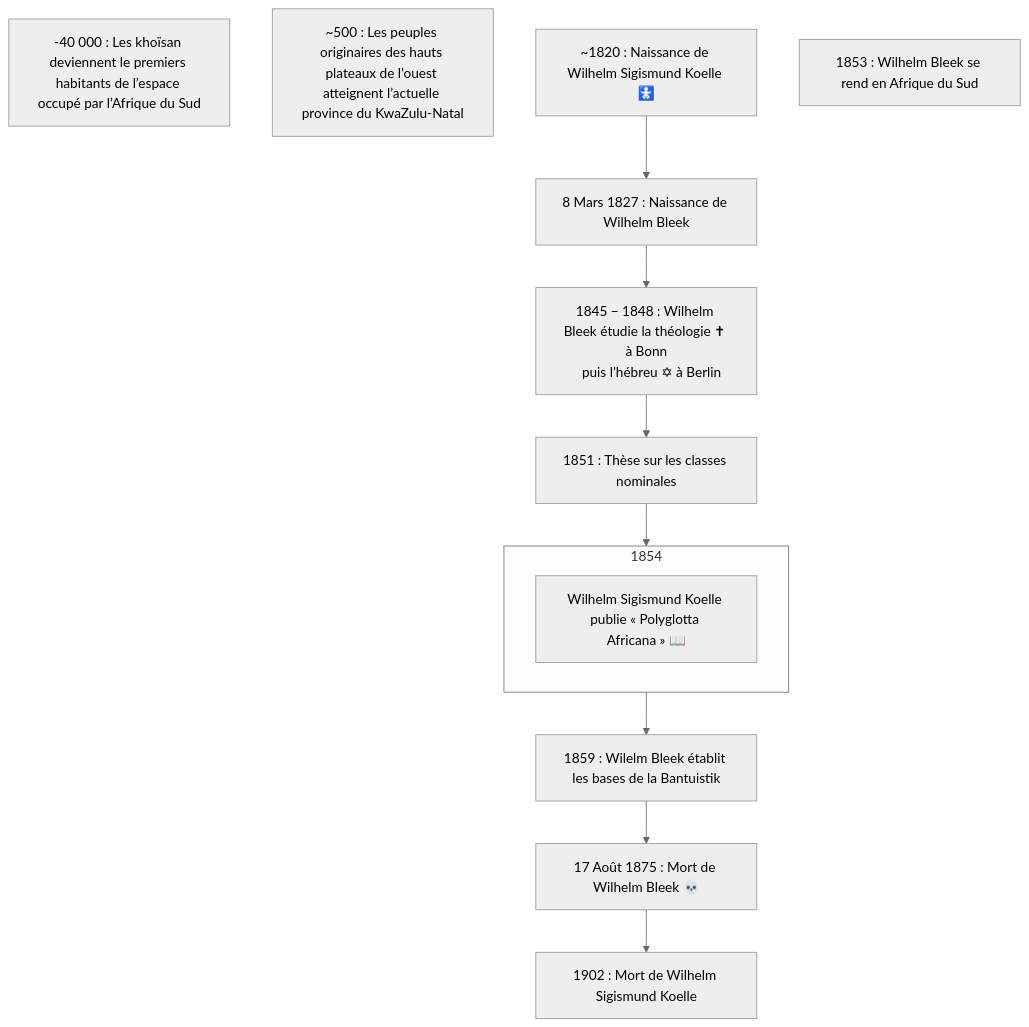
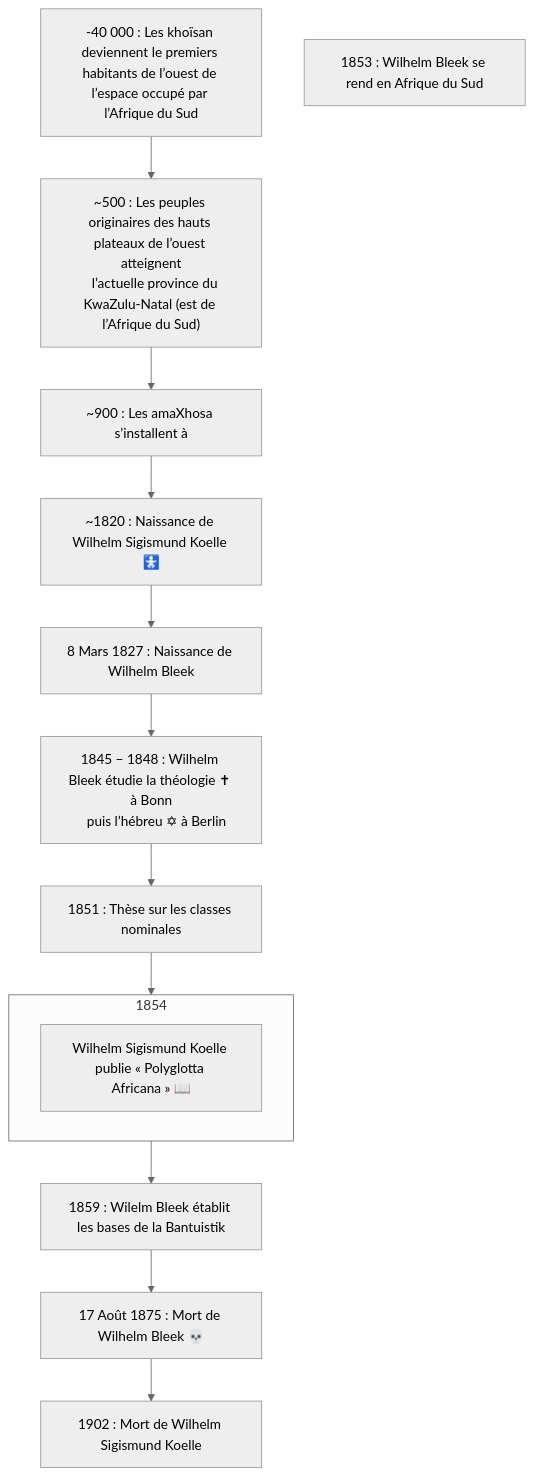
One commit to ba-moun/Ba-Moun-Save changed the diagram in en-cours/personnalite/homme/a-classer/wilhelm-bleek.md. Above: the diagram before and after it, drawn with Mermaid (neutral theme). The commit also changed other lines of this file, not shown here.

Commit message:
docs: update en-cours/personnalite/homme/a-classer/wilhelm-bleek

````diff
--- a/en-cours/personnalite/homme/a-classer/wilhelm-bleek.md
+++ b/en-cours/personnalite/homme/a-classer/wilhelm-bleek.md
@@ -19,31 +19,34 @@
 ```mermaid
 flowchart TB
    
-   Khoïsan["-40 000 : Les khoïsan deviennent le premiers habitants de l’espace occupé par l’Afrique du Sud"]
+   Khoïsan["-40 000 : Les khoïsan deviennent le premiers habitants de l’ouest de l’espace occupé par l’Afrique du Sud"]
    
-   grassland["~500 : Les peuples originaires des hauts plateaux de l’ouest atteignent l’actuelle province du KwaZulu-Natal"]
+   grassland["~500 : Les peuples originaires des hauts plateaux de l’ouest atteignent
+   l’actuelle province du KwaZulu-Natal (est de l’Afrique du Sud)"]
+   
+   amaXhosa["~900 : Les amaXhosa s’installent à "]
    
    wSKoellebirth["~1820 : Naissance de Wilhelm Sigismund Koelle 🚼"]
    
    birth["8 Mars 1827 : Naissance de Wilhelm Bleek"]
       
    studies["1845 − 1848 : Wilhelm Bleek étudie la théologie ✝ à Bonn
    puis l’hébreu ✡ à Berlin"]
    
    thesis["1851 : Thèse sur les classes nominales"]
    
    southAfrica["1853 : Wilhelm Bleek se rend en Afrique du Sud"]
    
    subgraph 1854
       majorStudy["Wilhelm Sigismund Koelle publie « Polyglotta Africana » 📖"]
    end
    
    bantuistik["1859 : Wilelm Bleek établit les bases de la Bantuistik"]
    
    death["17 Août 1875 : Mort de Wilhelm Bleek 💀"]
    
    wSKoelledeath["1902 : Mort de Wilhelm Sigismund Koelle"]
       
-   wSKoellebirth --> birth --> studies --> thesis --> 1854 --> bantuistik --> death --> wSKoelledeath
+   Khoïsan --> grassland --> amaXhosa --> wSKoellebirth --> birth --> studies --> thesis --> 1854 --> bantuistik --> death --> wSKoelledeath
    
 ```
````
